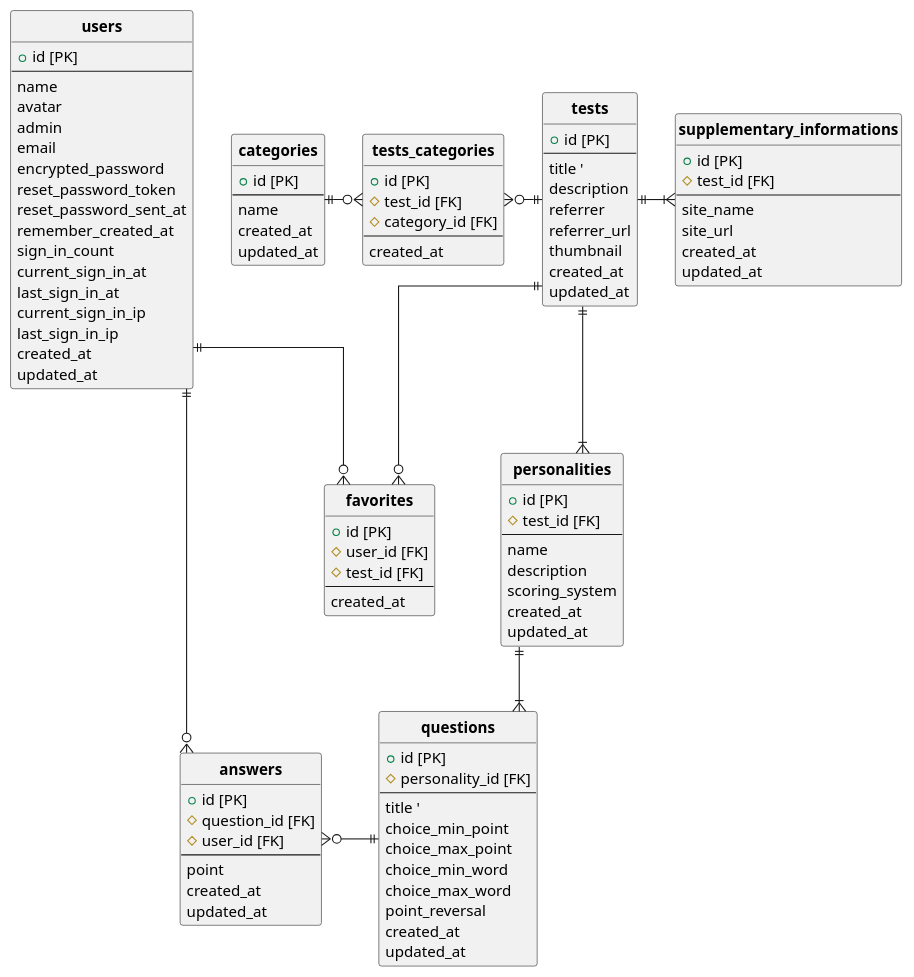
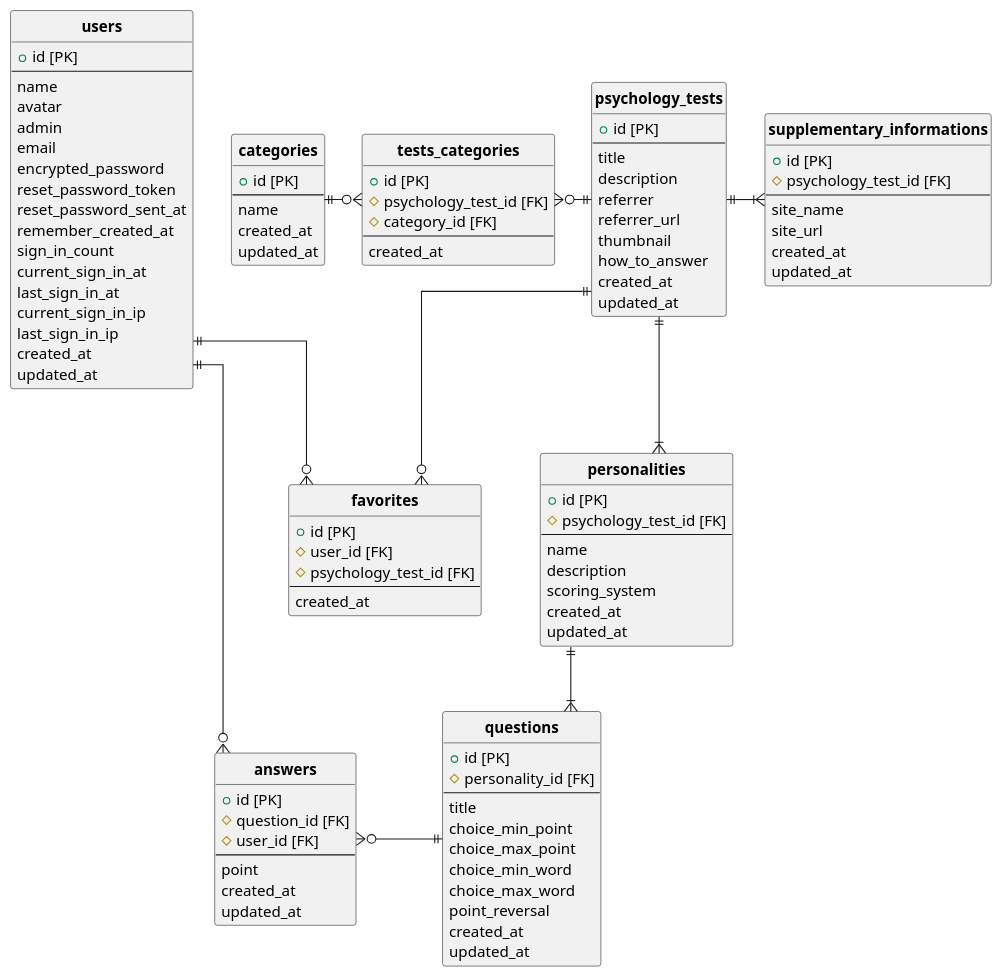
One commit to ymdarudy/psykarte changed the diagram in docs/ER.pu. Above: the diagram before and after it, drawn with PlantUML. The commit also changed 1 other file, not shown here.

Commit message:
:books: ER図修正（testをpsychology_testに修正）

```diff
--- a/docs/ER.pu
+++ b/docs/ER.pu
@@ -1,119 +1,120 @@
 @startuml ER
 ' hide the spot
 hide circle
 
 ' avoid problems with angled crows feet
 skinparam linetype ortho
 
 entity "**users**" as users {
   + id [PK]
   --
   name
   avatar
   admin
   email
   encrypted_password
   reset_password_token
   reset_password_sent_at
   remember_created_at
   sign_in_count
   current_sign_in_at
   last_sign_in_at
   current_sign_in_ip
   last_sign_in_ip
   created_at
   updated_at
 }
 
-entity "**tests**" as tests {
+entity "**psychology_tests**" as psychology_tests {
   + id [PK]
   --
-  title '
+  title
   description
   referrer
   referrer_url
   thumbnail
+  how_to_answer
   created_at
   updated_at
 }
 
 entity "**personalities**" as personalities {
   + id [PK]
-  # test_id [FK]
+  # psychology_test_id [FK]
   --
   name
   description
   scoring_system
   created_at
   updated_at
 }
 
 entity "**questions**" as questions {
   + id [PK]
   # personality_id [FK]
   --
-  title '
+  title
   choice_min_point
   choice_max_point
   choice_min_word
   choice_max_word
   point_reversal
   created_at
   updated_at
 }
 
 entity "**answers**" as answers {
   + id [PK]
   # question_id [FK]
   # user_id [FK]
   --
   point
   created_at
   updated_at
 }
 
 entity "**supplementary_informations**" as supplementary_informations {
   + id [PK]
-  # test_id [FK]
+  # psychology_test_id [FK]
   --
   site_name
   site_url
   created_at
   updated_at
 }
 
 entity "**favorites**" as favorites {
   + id [PK]
   # user_id [FK]
-  # test_id [FK]
+  # psychology_test_id [FK]
   --
   created_at
 }
 
 entity "**categories**" as categories {
   + id [PK]
   --
   name
   created_at
   updated_at
 }
 
 entity "**tests_categories**" as tests_categories {
   + id [PK]
-  # test_id [FK]
+  # psychology_test_id [FK]
   # category_id [FK]
   --
   created_at
 }
 
-tests ||-r-|{ supplementary_informations
-tests ||--|{ personalities
-tests ||--o{ favorites
-tests ||-l-o{ tests_categories
+psychology_tests ||-r-|{ supplementary_informations
+psychology_tests ||--|{ personalities
+psychology_tests ||--o{ favorites
+psychology_tests ||-l-o{ tests_categories
 categories ||-r-o{ tests_categories
 users ||-d-o{ answers
 users ||-d-o{ favorites
 questions ||-l-o{ answers
 personalities ||--|{ questions
 
 @enduml
```
